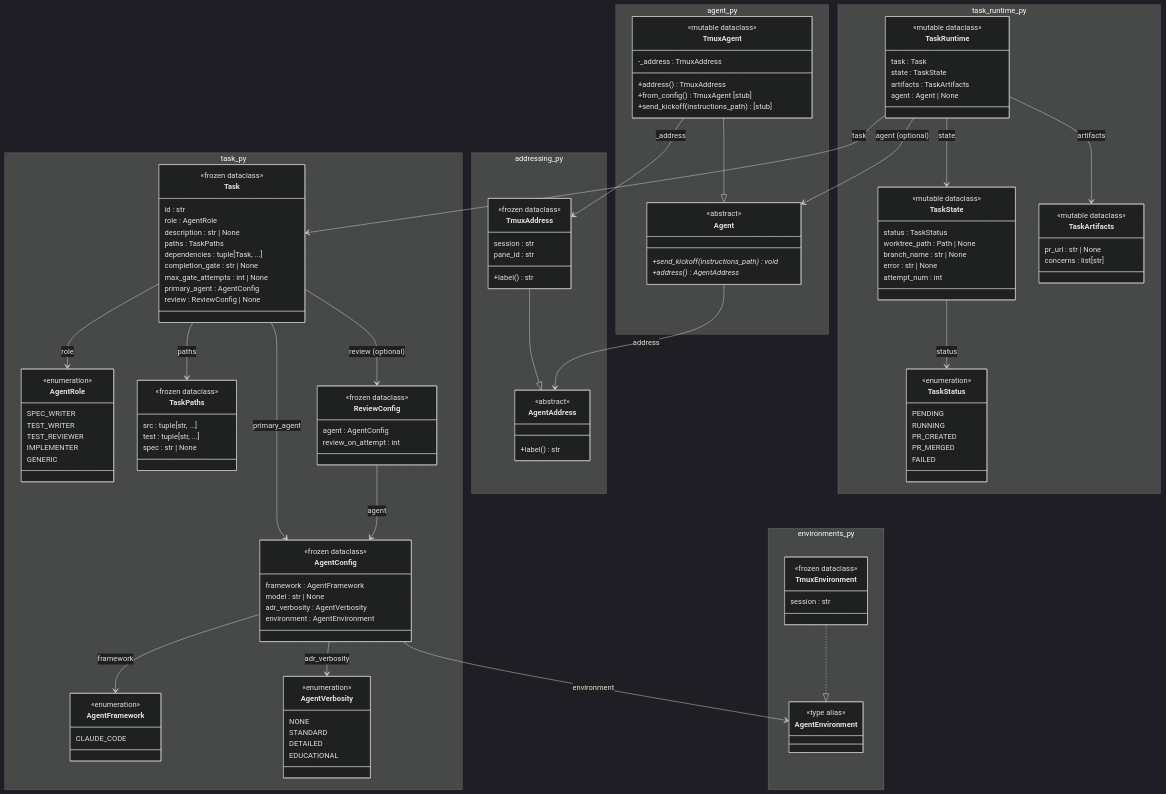
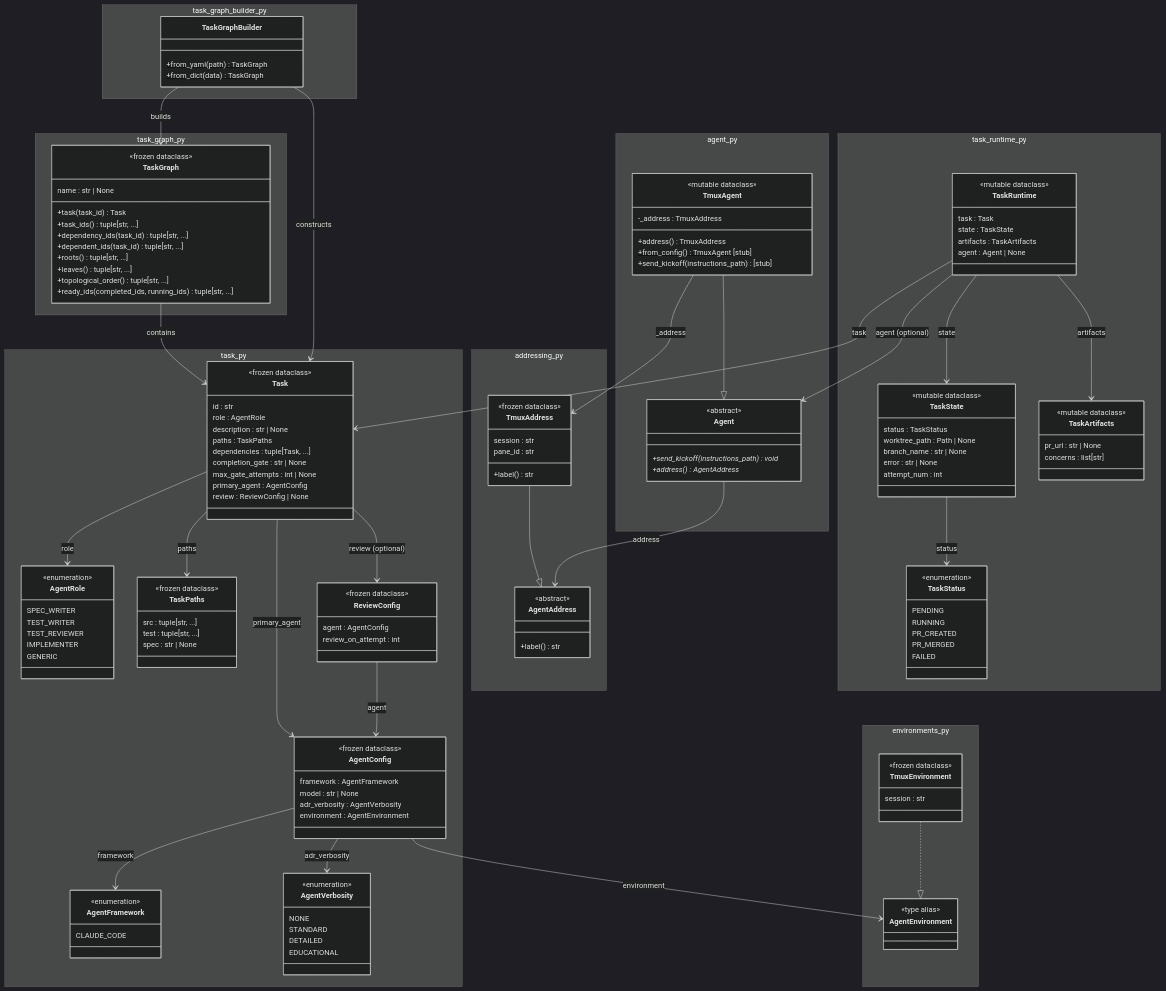
The diagram in docs/DIAGRAM.md (duanegoodner/agentrelay), drawn with Mermaid (dark theme) before and after one commit. The commit also changed 11 other files, not shown here.

Commit message:
Add TaskGraphBuilder with strict YAML schema and docs updates

```diff
--- a/docs/DIAGRAM.md
+++ b/docs/DIAGRAM.md
@@ -79,6 +79,28 @@
             max_gate_attempts : int | None
             primary_agent : AgentConfig
             review : ReviewConfig | None
+        }
+    }
+
+    namespace task_graph_py {
+        class TaskGraph {
+            <<frozen dataclass>>
+            name : str | None
+            +task(task_id) Task
+            +task_ids() tuple[str, ...]
+            +dependency_ids(task_id) tuple[str, ...]
+            +dependent_ids(task_id) tuple[str, ...]
+            +roots() tuple[str, ...]
+            +leaves() tuple[str, ...]
+            +topological_order() tuple[str, ...]
+            +ready_ids(completed_ids, running_ids) tuple[str, ...]
+        }
+    }
+
+    namespace task_graph_builder_py {
+        class TaskGraphBuilder {
+            +from_yaml(path)$ TaskGraph
+            +from_dict(data)$ TaskGraph
         }
     }
 
@@ -164,6 +186,9 @@
     AgentConfig --> AgentFramework : framework
     AgentConfig --> AgentVerbosity : adr_verbosity
     ReviewConfig --> AgentConfig : agent
+    TaskGraph --> Task : contains
+    TaskGraphBuilder --> TaskGraph : builds
+    TaskGraphBuilder --> Task : constructs
     AgentConfig --> AgentEnvironment : environment
     TmuxEnvironment ..|> AgentEnvironment
     TmuxAddress --|> AgentAddress
```
